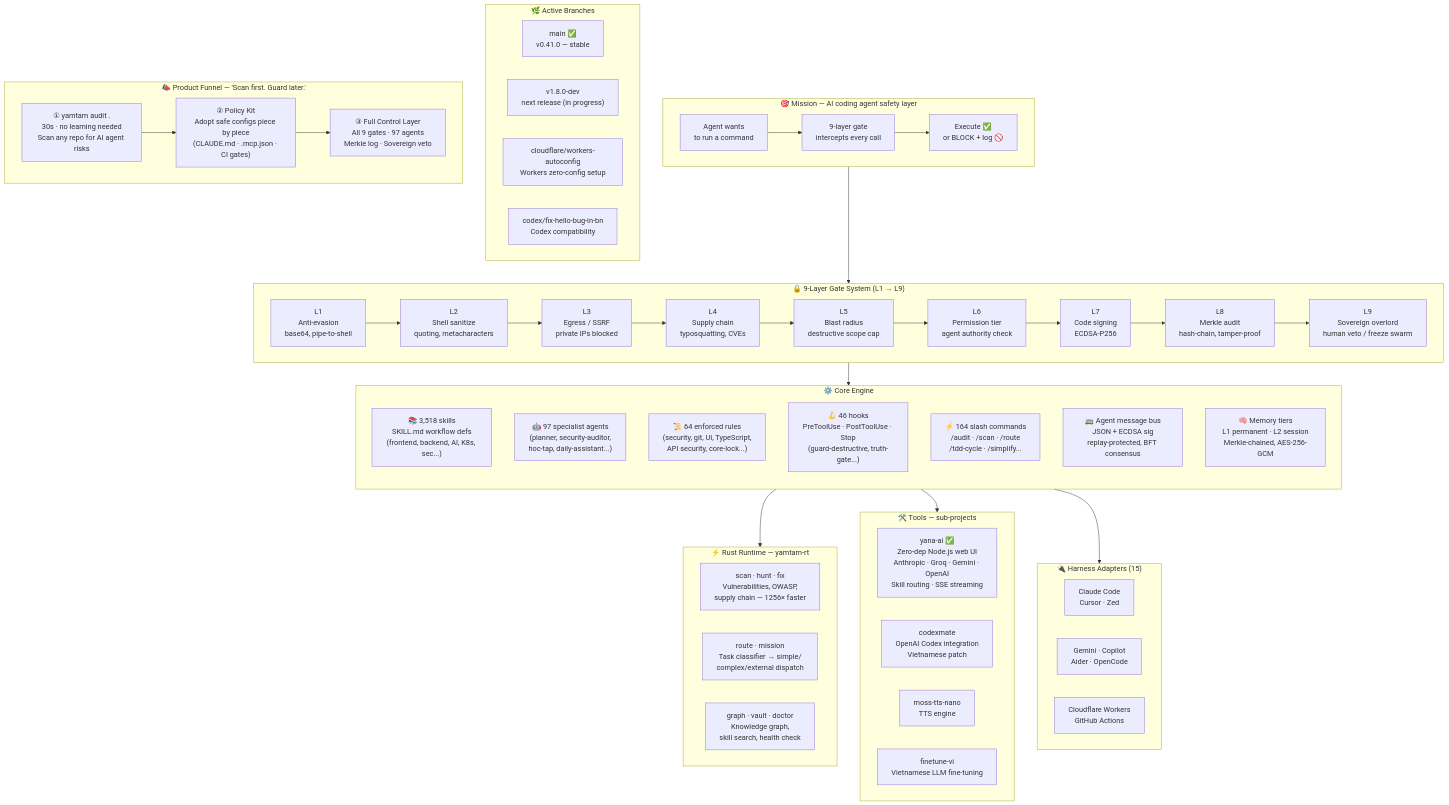
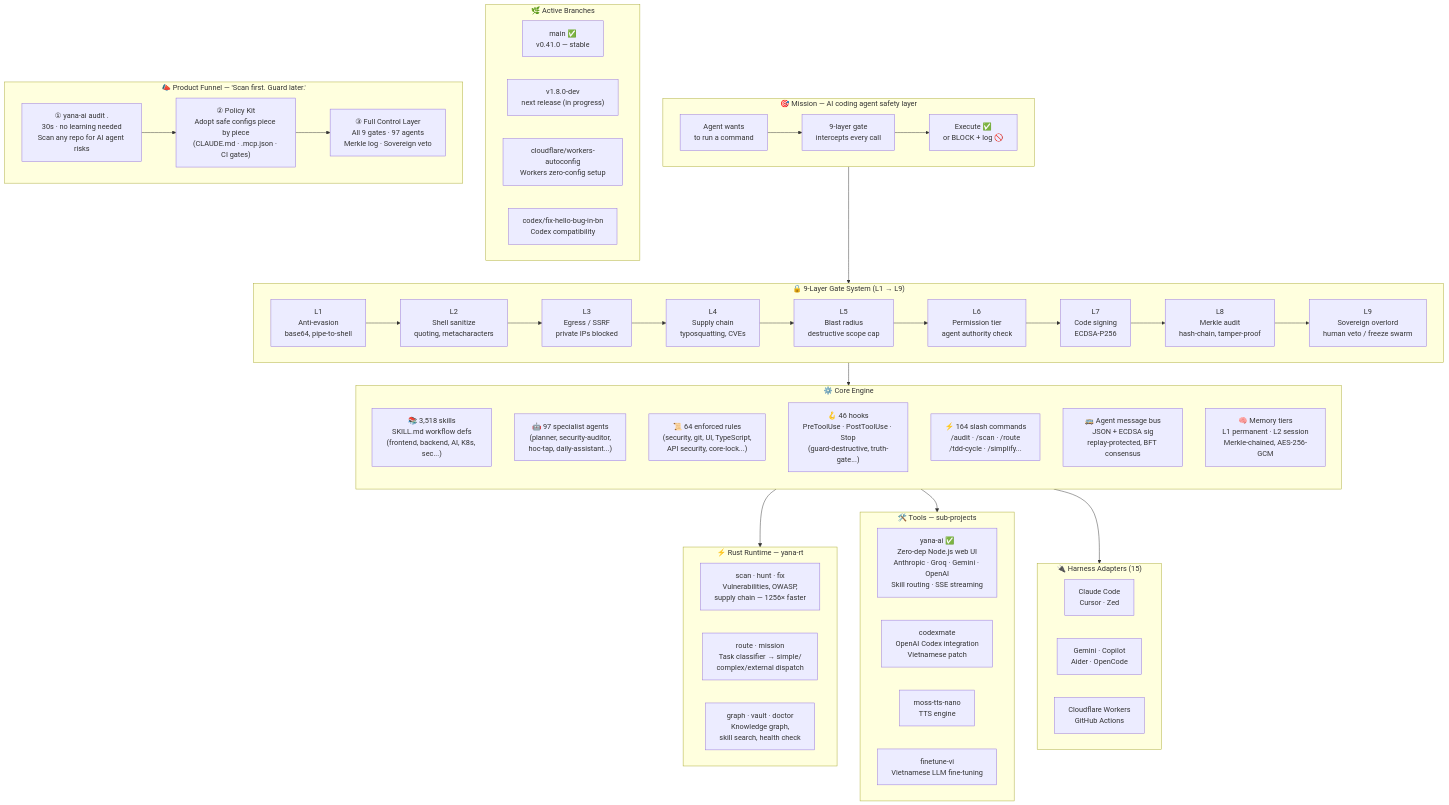
Before and after one commit to phamlongh230-lgtm/Yana-AI: the diagram in README.md, drawn with Mermaid. The commit also changed other lines of this file and 1029 other files, not shown here.

First line of the commit message:
refactor: rename YAMTAM → Yana AI across entire codebase

```diff
--- a/README.md
+++ b/README.md
@@ -136,7 +136,7 @@
     end
 
     %% ── Rust runtime ─────────────────────────────────────────────────────
-    subgraph RT["⚡ Rust Runtime — yamtam-rt"]
+    subgraph RT["⚡ Rust Runtime — yana-rt"]
         direction LR
         SCAN["scan · hunt · fix\nVulnerabilities, OWASP,\nsupply chain — 1256× faster"]
         ROUTE["route · mission\nTask classifier → simple/\ncomplex/external dispatch"]
@@ -172,7 +172,7 @@
     %% ── Product funnel ───────────────────────────────────────────────────
     subgraph FUNNEL["📣 Product Funnel — 'Scan first. Guard later.'"]
         direction LR
-        F1["① yamtam audit .\n30s · no learning needed\nScan any repo for AI agent risks"]
+        F1["① yana-ai audit .\n30s · no learning needed\nScan any repo for AI agent risks"]
         F2["② Policy Kit\nAdopt safe configs piece by piece\n(CLAUDE.md · .mcp.json · CI gates)"]
         F3["③ Full Control Layer\nAll 9 gates · 97 agents\nMerkle log · Sovereign veto"]
         F1 --> F2 --> F3
```
